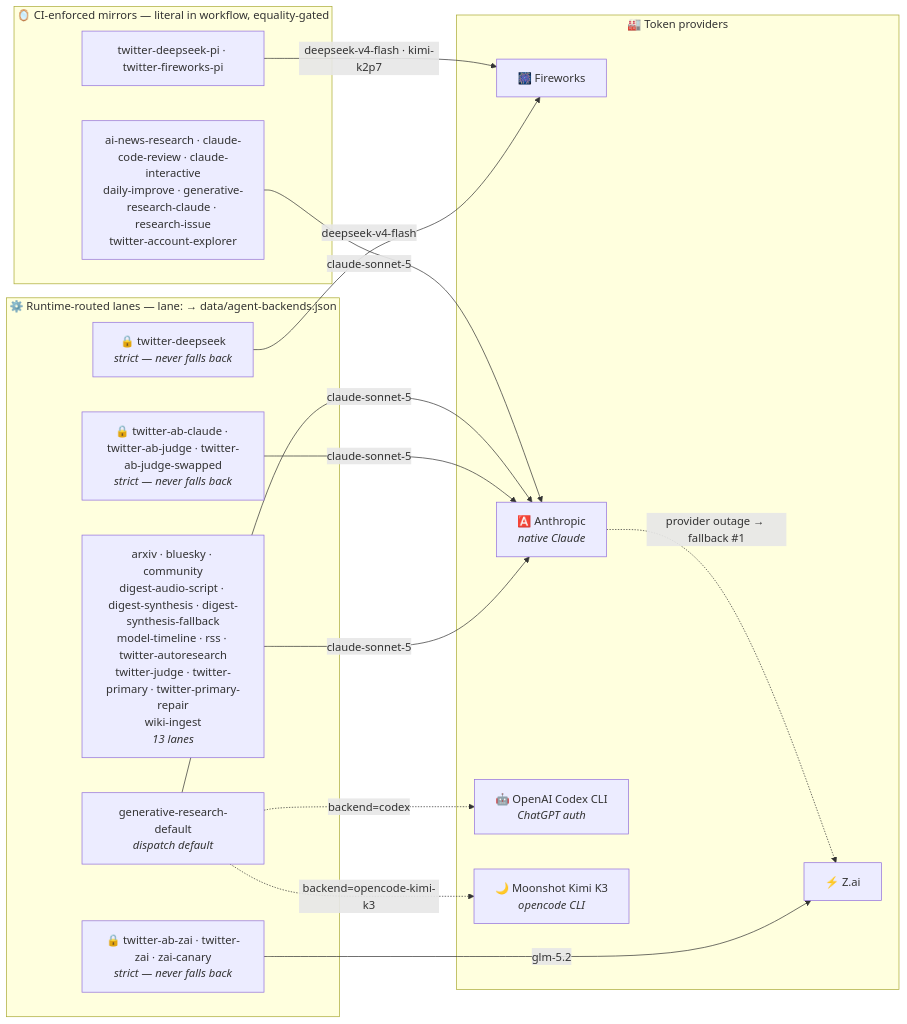
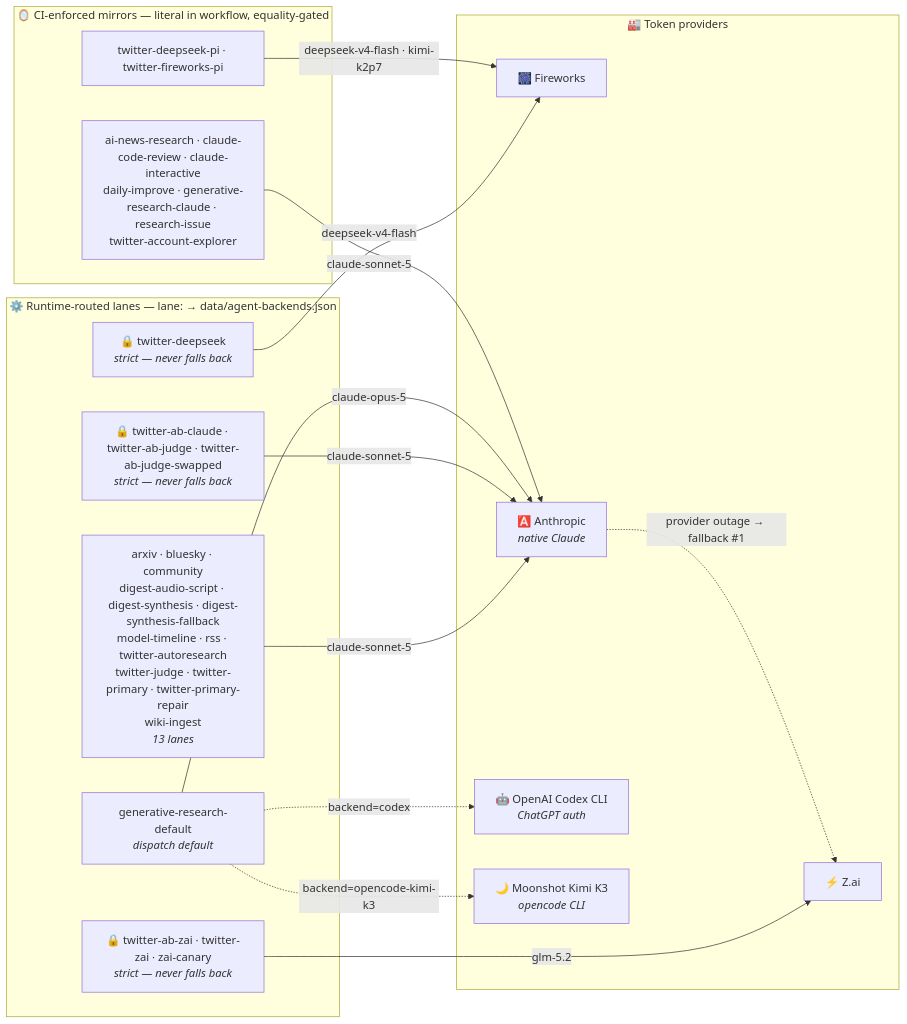
The second of 3 diagrams in README.md (guzus/ai-research-arm), drawn with Mermaid before and after one commit. The commit also changed 6 other files, not shown here.

````diff
--- a/README.md
+++ b/README.md
@@ -147,31 +147,31 @@
 ```mermaid
 flowchart LR
     subgraph runtime["⚙️ Runtime-routed lanes — lane: → data/agent-backends.json"]
         lanes0["arxiv · bluesky · community<br/>digest-audio-script · digest-synthesis · digest-synthesis-fallback<br/>model-timeline · rss · twitter-autoresearch<br/>twitter-judge · twitter-primary · twitter-primary-repair<br/>wiki-ingest<br/><i>13 lanes</i>"]
         strict0["🔒 twitter-ab-claude · twitter-ab-judge · twitter-ab-judge-swapped<br/><i>strict — never falls back</i>"]
         strict1["🔒 twitter-deepseek<br/><i>strict — never falls back</i>"]
         strict2["🔒 twitter-ab-zai · twitter-zai · zai-canary<br/><i>strict — never falls back</i>"]
         gendef["generative-research-default<br/><i>dispatch default</i>"]
     end
     subgraph mirrors["🪞 CI-enforced mirrors — literal in workflow, equality-gated"]
         pi["twitter-deepseek-pi · twitter-fireworks-pi"]
         native["ai-news-research · claude-code-review · claude-interactive<br/>daily-improve · generative-research-claude · research-issue<br/>twitter-account-explorer"]
     end
     subgraph providers["🏭 Token providers"]
         FW["🎆 Fireworks"]
         ZAI["⚡ Z.ai"]
         ANT["🅰️ Anthropic<br/><i>native Claude</i>"]
         OAI["🤖 OpenAI Codex CLI<br/><i>ChatGPT auth</i>"]
         MSH["🌙 Moonshot Kimi K3<br/><i>opencode CLI</i>"]
     end
     lanes0 -->|"claude-sonnet-5"| ANT
     strict0 -->|"claude-sonnet-5"| ANT
     strict1 -->|"deepseek-v4-flash"| FW
     strict2 -->|"glm-5.2"| ZAI
-    gendef -->|"claude-sonnet-5"| ANT
+    gendef -->|"claude-opus-5"| ANT
     pi -->|"deepseek-v4-flash · kimi-k2p7"| FW
     native -->|"claude-sonnet-5"| ANT
     gendef -.->|"backend=codex"| OAI
     gendef -.->|"backend=opencode-kimi-k3"| MSH
     ANT -. "provider outage → fallback #1" .-> ZAI
 ```
````
